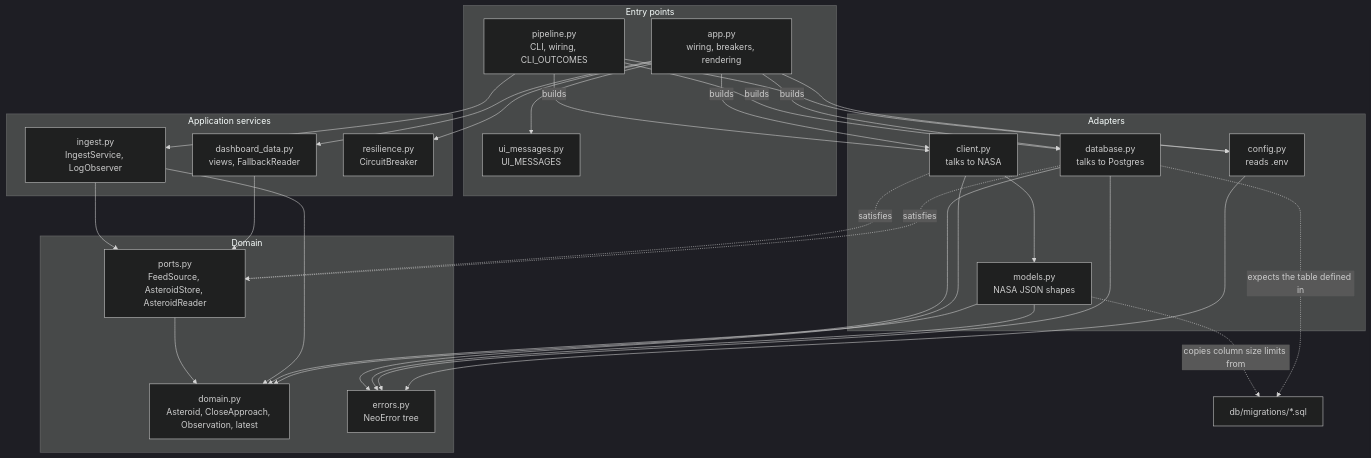
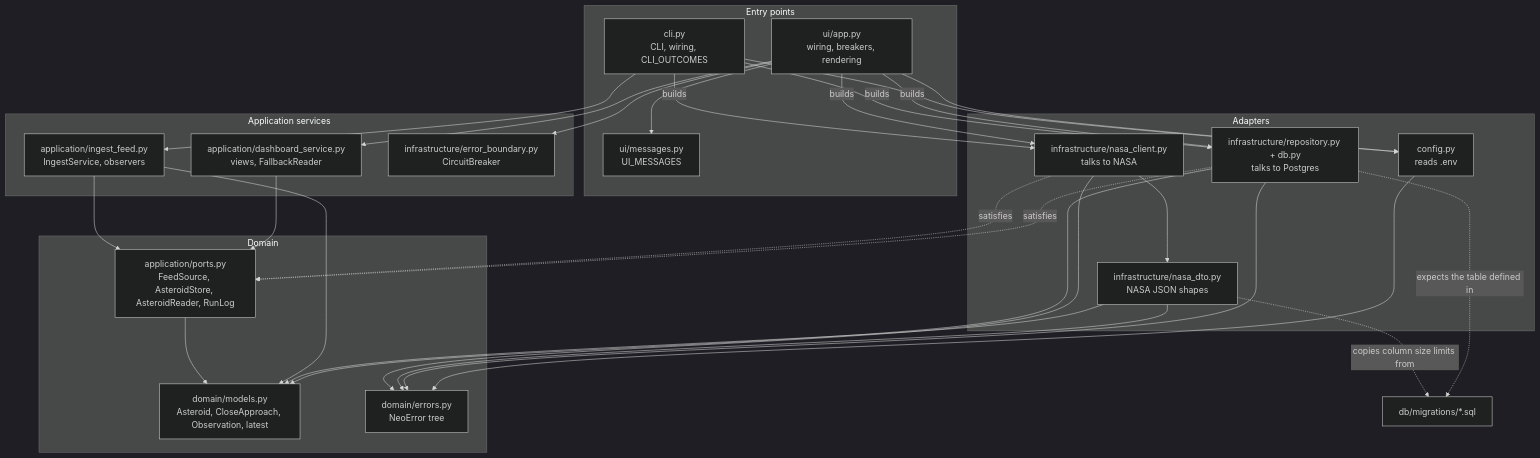
One commit to ksbn/neo-project changed the third of 5 diagrams in docs/ARCHITECTURE.md. Above: the diagram before and after it, drawn with Mermaid (dark theme). The commit also changed other lines of this file and 70 other files, not shown here.

````diff
--- a/docs/ARCHITECTURE.md
+++ b/docs/ARCHITECTURE.md
@@ -82,49 +82,49 @@
 ```mermaid
 flowchart TD
     subgraph Entry["Entry points"]
-        pipeline["pipeline.py<br/>CLI, wiring, CLI_OUTCOMES"]
-        app["app.py<br/>wiring, breakers, rendering"]
-        ui["ui_messages.py<br/>UI_MESSAGES"]
+        pipeline["cli.py<br/>CLI, wiring, CLI_OUTCOMES"]
+        app["ui/app.py<br/>wiring, breakers, rendering"]
+        ui["ui/messages.py<br/>UI_MESSAGES"]
     end
     subgraph Services["Application services"]
-        ingest["ingest.py<br/>IngestService, LogObserver"]
-        dash["dashboard_data.py<br/>views, FallbackReader"]
-        res["resilience.py<br/>CircuitBreaker"]
+        ingest["application/ingest_feed.py<br/>IngestService, observers"]
+        dash["application/dashboard_service.py<br/>views, FallbackReader"]
+        res["infrastructure/error_boundary.py<br/>CircuitBreaker"]
     end
     subgraph Core["Domain"]
-        ports["ports.py<br/>FeedSource, AsteroidStore, AsteroidReader"]
-        domain["domain.py<br/>Asteroid, CloseApproach, Observation, latest"]
-        errors["errors.py<br/>NeoError tree"]
+        ports["application/ports.py<br/>FeedSource, AsteroidStore, AsteroidReader, RunLog"]
+        domain["domain/models.py<br/>Asteroid, CloseApproach, Observation, latest"]
+        errors["domain/errors.py<br/>NeoError tree"]
     end
     subgraph Adapters["Adapters"]
-        client["client.py<br/>talks to NASA"]
-        models["models.py<br/>NASA JSON shapes"]
-        database["database.py<br/>talks to Postgres"]
+        client["infrastructure/nasa_client.py<br/>talks to NASA"]
+        models["infrastructure/nasa_dto.py<br/>NASA JSON shapes"]
+        database["infrastructure/repository.py + db.py<br/>talks to Postgres"]
         config["config.py<br/>reads .env"]
     end
     pipeline --> ingest
     pipeline --> config
     pipeline -->|"builds"| client
     pipeline -->|"builds"| database
     app --> dash
     app --> res
     app --> ui
     app --> config
     app -->|"builds"| client
     app -->|"builds"| database
     ingest --> ports
     dash --> ports
     ports --> domain
     ingest --> domain
     client -. "satisfies" .-> ports
     database -. "satisfies" .-> ports
     client --> models
     models --> domain
     database --> domain
     client --> errors
     models --> errors
     database --> errors
     config --> errors
     models -.->|"copies column size limits from"| mig["db/migrations/*.sql"]
     database -.->|"expects the table defined in"| mig
 ```
````
